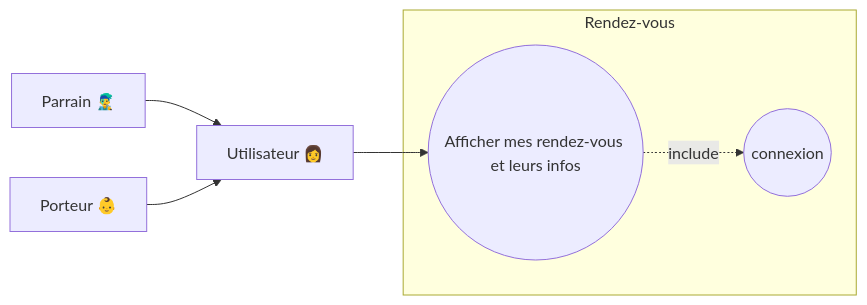
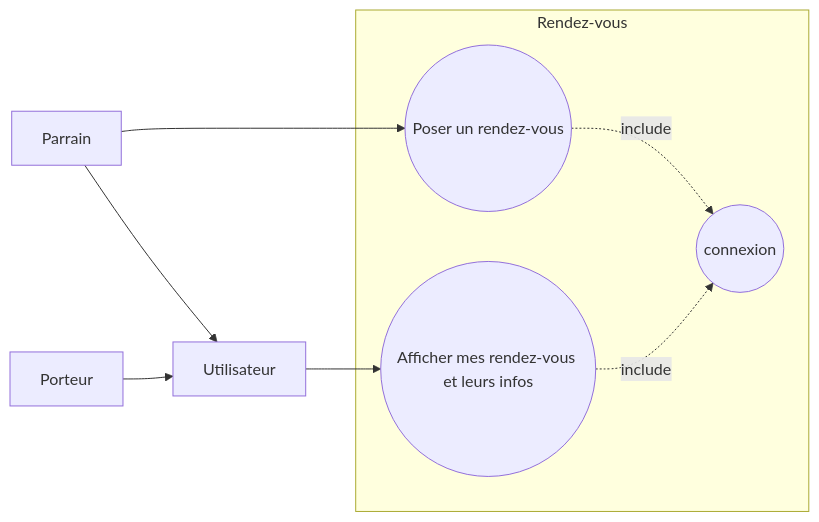
Before and after one commit to corantoine/TTM: the fifth of 8 diagrams in docs/use-cases/useCaseDiagram.md, drawn with Mermaid. The commit also changed other lines of this file and 31 other files, not shown here.

````diff
--- a/docs/use-cases/useCaseDiagram.md
+++ b/docs/use-cases/useCaseDiagram.md
@@ -106,16 +104,17 @@
 ```mermaid
 flowchart LR
 subgraph Rendez-vous
 log((connexion))
 uc1((Afficher mes rendez-vous et leurs infos))
+uc2((Poser un rendez-vous))
 end
 
 user --> uc1 -. include .-> log
+parr --> uc2 -. include .-> log
 
-user[Utilisateur 👩]
-port[Porteur 👶]
-parr[Parrain 👨‍🎤]
+user[Utilisateur]
+port[Porteur]
+parr[Parrain]
 parr --> user
 port --> user
-
 ```
````
